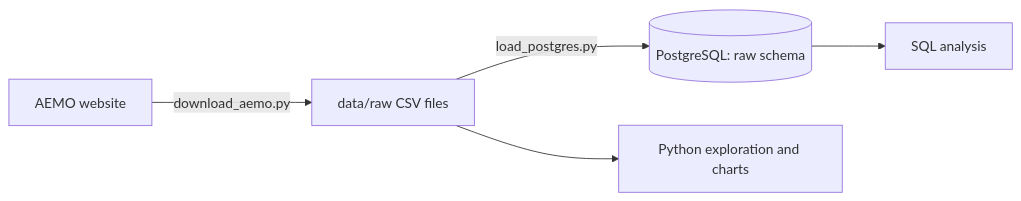
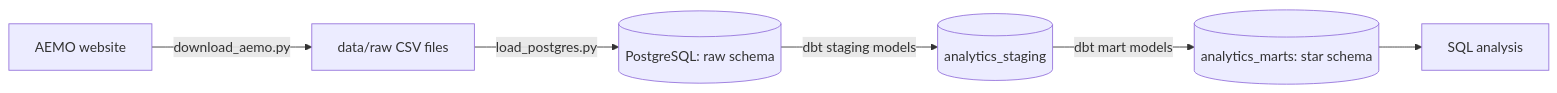
One commit to bammay/nem-energy-pipeline changed the diagram in README.md. Above: the diagram before and after it, drawn with Mermaid. The commit also changed other lines of this file and 1 other file, not shown here.

Commit message:
Update README with dbt data model, tests and lineage

````diff
--- a/README.md
+++ b/README.md
@@ -18,7 +18,8 @@
 ```mermaid
 flowchart LR
     A[AEMO website] -->|download_aemo.py| B[data/raw CSV files]
     B -->|load_postgres.py| C[(PostgreSQL: raw schema)]
-    C --> D[SQL analysis]
-    B --> E[Python exploration and charts]
+    C -->|dbt staging models| D[(analytics_staging)]
+    D -->|dbt mart models| E[(analytics_marts: star schema)]
+    E --> F[SQL analysis]
 ```
````
